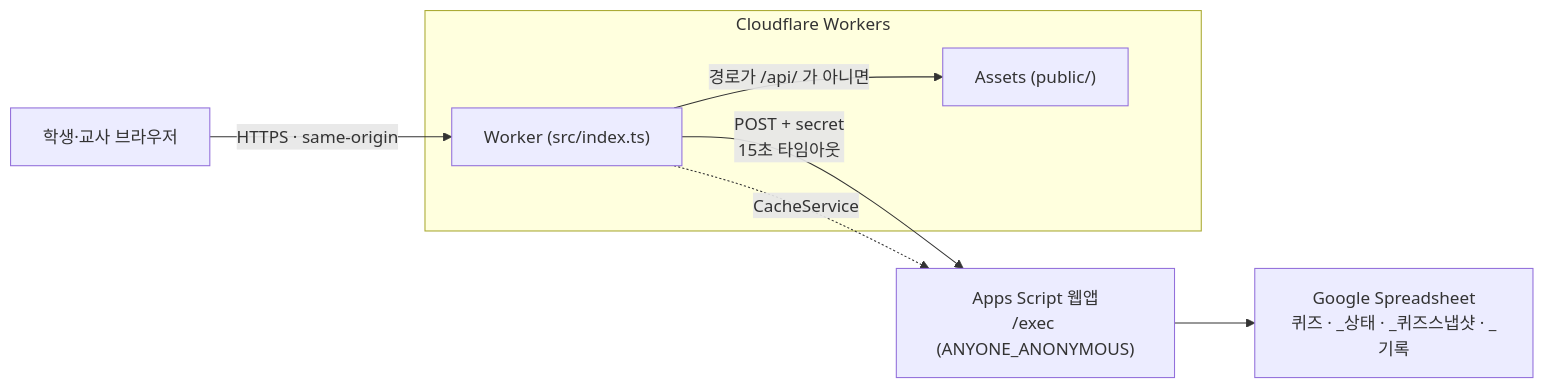
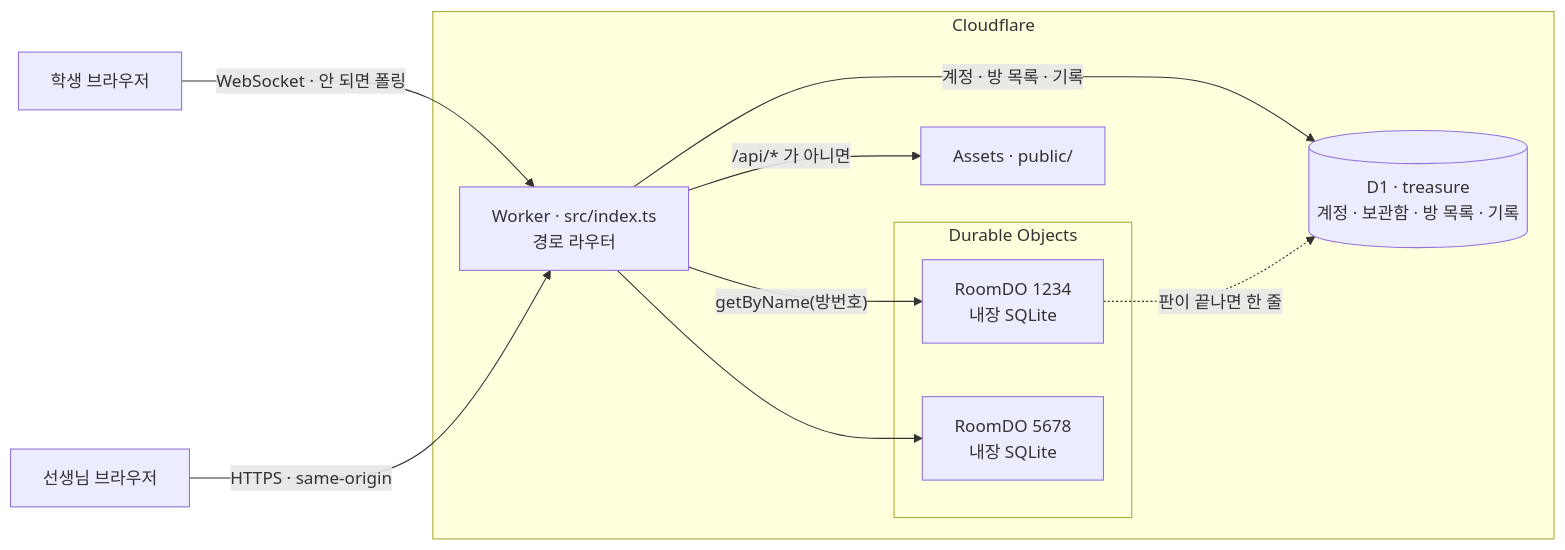
The first of 9 diagrams in docs/PROJECT_SPEC.md (nillili/treasure-island-conquest), drawn with Mermaid before and after one commit. The commit also changed other lines of this file and 13 other files, not shown here.

````diff
--- a/docs/PROJECT_SPEC.md
+++ b/docs/PROJECT_SPEC.md
@@ -53,15 +59,23 @@
 ```mermaid
 flowchart LR
-    B["학생·교사 브라우저"] -->|"HTTPS · same-origin"| W
+    S["학생 브라우저"] -->|"WebSocket · 안 되면 폴링"| W
+    T["선생님 브라우저"] -->|"HTTPS · same-origin"| W
 
-    subgraph CF["Cloudflare Workers"]
-        W["Worker (src/index.ts)"]
-        A["Assets (public/)"]
-        W -->|"경로가 /api/ 가 아니면"| A
+    subgraph CF["Cloudflare"]
+        W["Worker · src/index.ts<br/>경로 라우터"]
+        A["Assets · public/"]
+        D1[("D1 · treasure<br/>계정 · 보관함 · 방 목록 · 기록")]
+
+        subgraph DOS["Durable Objects"]
+            R1["RoomDO 1234<br/>내장 SQLite"]
+            R2["RoomDO 5678<br/>내장 SQLite"]
+        end
+
+        W -->|"/api/* 가 아니면"| A
+        W -->|"계정 · 방 목록 · 기록"| D1
+        W -->|"getByName(방번호)"| R1
+        W --> R2
     end
 
-    W -->|"POST + secret<br/>15초 타임아웃"| G["Apps Script 웹앱<br/>/exec (ANYONE_ANONYMOUS)"]
-    G --> S["Google Spreadsheet<br/>퀴즈 · _상태 · _퀴즈스냅샷 · _기록"]
-
-    W -.->|"CacheService"| G
+    R1 -.->|"판이 끝나면 한 줄"| D1
 ```
````
